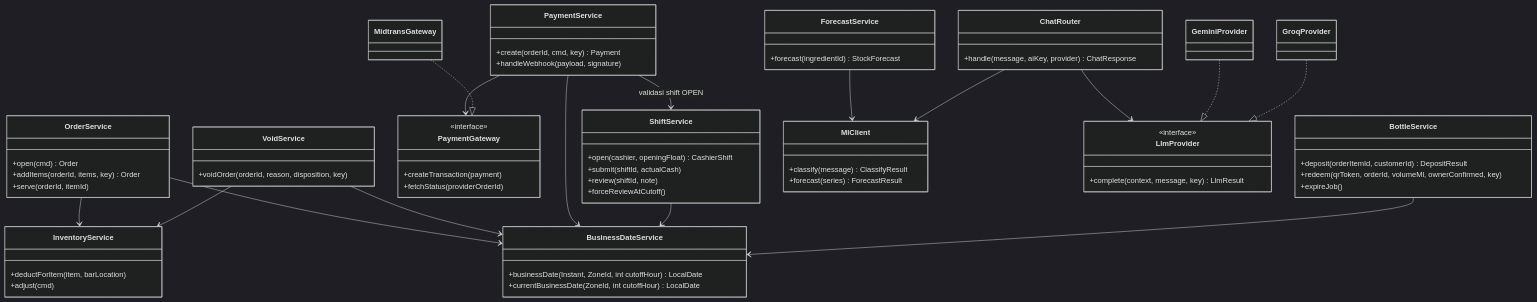
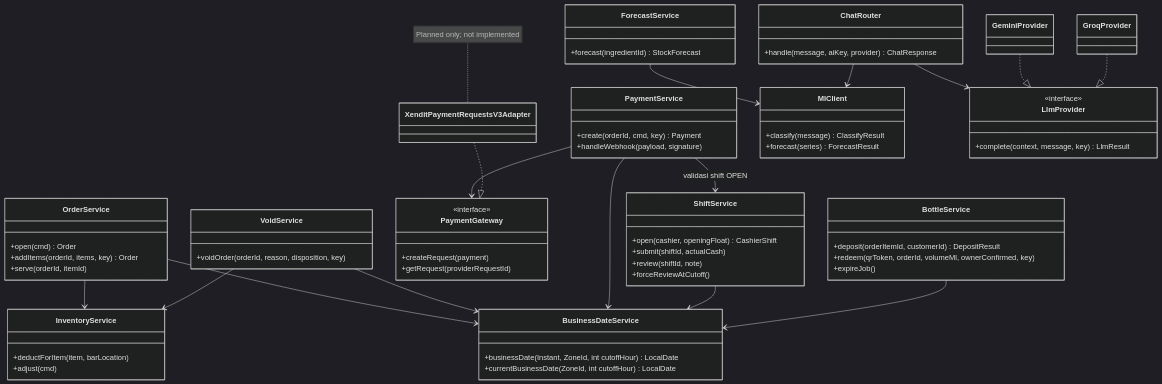
The third of 18 diagrams in docs/UML.md (ranggautama47/nightvenue-backend), drawn with Mermaid (dark theme) before and after one commit. The commit also changed other lines of this file and 9 other files, not shown here.

First line of the commit message:
docs: document Phase 6 payment core and Xendit env template

````diff
--- a/docs/UML.md
+++ b/docs/UML.md
@@ -185,72 +185,74 @@
 ```mermaid
 classDiagram
     class BusinessDateService {
         +businessDate(Instant, ZoneId, int cutoffHour) LocalDate
         +currentBusinessDate(ZoneId, int cutoffHour) LocalDate
     }
     class OrderService {
         +open(cmd) Order
         +addItems(orderId, items, key) Order
         +serve(orderId, itemId)
     }
     class InventoryService {
         +deductForItem(item, barLocation)
         +adjust(cmd)
     }
     class VoidService {
         +voidOrder(orderId, reason, disposition, key)
     }
     class PaymentService {
         +create(orderId, cmd, key) Payment
         +handleWebhook(payload, signature)
     }
     class PaymentGateway {
         <<interface>>
-        +createTransaction(payment)
-        +fetchStatus(providerOrderId)
+        +createRequest(payment)
+        +getRequest(providerRequestId)
     }
-    class MidtransGateway
+    class XenditPaymentRequestsV3Adapter
     class ShiftService {
         +open(cashier, openingFloat) CashierShift
         +submit(shiftId, actualCash)
         +review(shiftId, note)
         +forceReviewAtCutoff()
     }
     class BottleService {
         +deposit(orderItemId, customerId) DepositResult
         +redeem(qrToken, orderId, volumeMl, ownerConfirmed, key)
         +expireJob()
     }
     class ForecastService {
         +forecast(ingredientId) StockForecast
     }
     class ChatRouter {
         +handle(message, aiKey, provider) ChatResponse
     }
     class MlClient {
         +classify(message) ClassifyResult
         +forecast(series) ForecastResult
     }
     class LlmProvider {
         <<interface>>
         +complete(context, message, key) LlmResult
     }
     class GeminiProvider
     class GroqProvider
 
+    note for XenditPaymentRequestsV3Adapter "Planned only; not implemented"
+
     OrderService --> BusinessDateService
     OrderService --> InventoryService
     VoidService --> BusinessDateService
     VoidService --> InventoryService
     PaymentService --> BusinessDateService
     PaymentService --> PaymentGateway
     PaymentService --> ShiftService : validasi shift OPEN
-    MidtransGateway ..|> PaymentGateway
+    XenditPaymentRequestsV3Adapter ..|> PaymentGateway
     ShiftService --> BusinessDateService
     BottleService --> BusinessDateService
     ForecastService --> MlClient
     ChatRouter --> MlClient
     ChatRouter --> LlmProvider
     GeminiProvider ..|> LlmProvider
     GroqProvider ..|> LlmProvider
 ```
````
